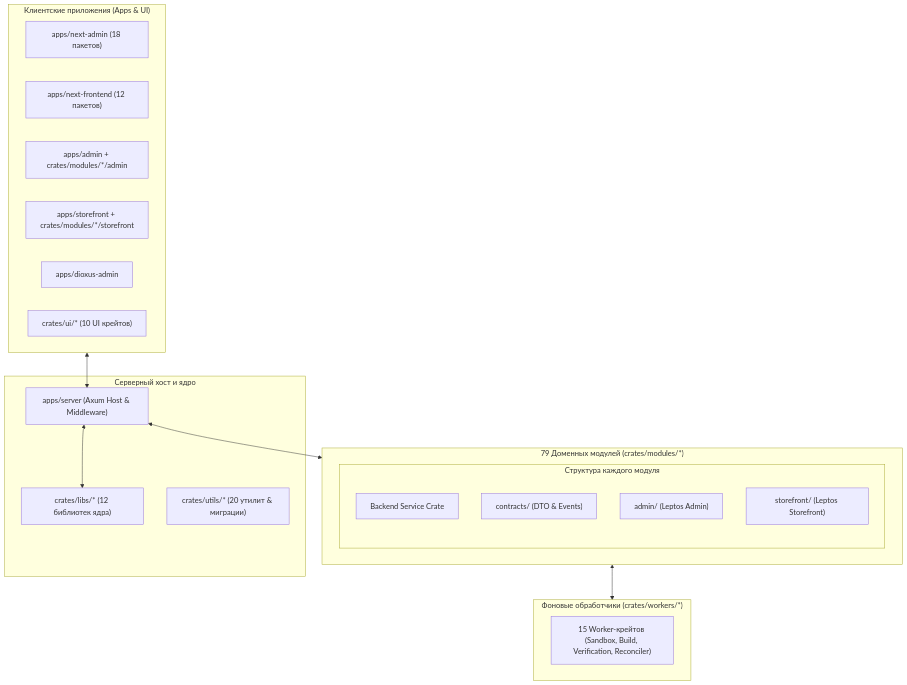
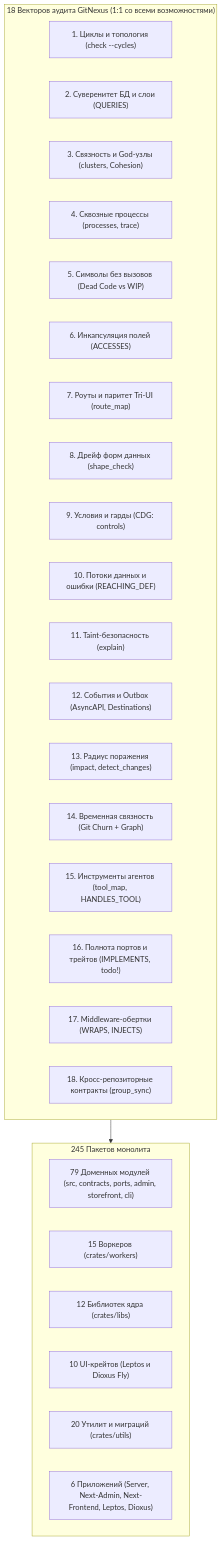
The first of 2 diagrams in docs/standards/gitnexus-deep-audit-plan.md (RusTokRs/RusTok), drawn with Mermaid before and after one commit. The commit also changed other lines of this file and 15 other files, not shown here.

````diff
--- a/docs/standards/gitnexus-deep-audit-plan.md
+++ b/docs/standards/gitnexus-deep-audit-plan.md
@@ -14,35 +47,34 @@
 ```mermaid
 flowchart TD
-    subgraph Clients ["Клиентские приложения (Apps & UI)"]
-        NextAdmin["apps/next-admin (18 пакетов)"]
-        NextStore["apps/next-frontend (12 пакетов)"]
-        LeptosAdmin["apps/admin + crates/modules/*/admin"]
-        LeptosStore["apps/storefront + crates/modules/*/storefront"]
-        DioxusAdmin["apps/dioxus-admin"]
-        UICrates["crates/ui/* (10 UI крейтов)"]
+    subgraph Vectors ["18 Векторов аудита GitNexus (1:1 со всеми возможностями)"]
+        V1["1. Циклы и топология (check --cycles)"]
+        V2["2. Суверенитет БД и слои (QUERIES)"]
+        V3["3. Связность и God-узлы (clusters, Cohesion)"]
+        V4["4. Сквозные процессы (processes, trace)"]
+        V5["5. Символы без вызовов (Dead Code vs WIP)"]
+        V6["6. Инкапсуляция полей (ACCESSES)"]
+        V7["7. Роуты и паритет Tri-UI (route_map)"]
+        V8["8. Дрейф форм данных (shape_check)"]
+        V9["9. Условия и гарды (CDG: controls)"]
+        V10["10. Потоки данных и ошибки (REACHING_DEF)"]
+        V11["11. Taint-безопасность (explain)"]
+        V12["12. События и Outbox (AsyncAPI, Destinations)"]
+        V13["13. Радиус поражения (impact, detect_changes)"]
+        V14["14. Временная связность (Git Churn + Graph)"]
+        V15["15. Инструменты агентов (tool_map, HANDLES_TOOL)"]
+        V16["16. Полнота портов и трейтов (IMPLEMENTS, todo!)"]
+        V17["17. Middleware-обертки (WRAPS, INJECTS)"]
+        V18["18. Кросс-репозиторные контракты (group_sync)"]
     end
 
-    subgraph CoreHost ["Серверный хост и ядро"]
-        ServerHost["apps/server (Axum Host & Middleware)"]
-        Libs["crates/libs/* (12 библиотек ядра)"]
-        Utils["crates/utils/* (20 утилит & миграции)"]
+    subgraph Scope ["245 Пакетов монолита"]
+        P1["79 Доменных модулей (src, contracts, ports, admin, storefront, cli)"]
+        P2["15 Воркеров (crates/workers)"]
+        P3["12 Библиотек ядра (crates/libs)"]
+        P4["10 UI-крейтов (Leptos и Dioxus Fly)"]
+        P5["20 Утилит и миграций (crates/utils)"]
+        P6["6 Приложений (Server, Next-Admin, Next-Frontend, Leptos, Dioxus)"]
     end
 
-    subgraph DomainModules ["79 Доменных модулей (crates/modules/*)"]
-        subgraph SubCrates ["Структура каждого модуля"]
-            Backend["Backend Service Crate"]
-            Contracts["contracts/ (DTO & Events)"]
-            AdminSub["admin/ (Leptos Admin)"]
-            StoreSub["storefront/ (Leptos Storefront)"]
-        end
-    end
-
-    subgraph Workers ["Фоновые обработчики (crates/workers/*)"]
-        Workers15["15 Worker-крейтов (Sandbox, Build, Verification, Reconciler)"]
-    end
-
-    Clients <--> ServerHost
-    ServerHost <--> Libs
-    ServerHost <--> DomainModules
-    DomainModules <--> Workers
+    Vectors --> Scope
 ```
````
